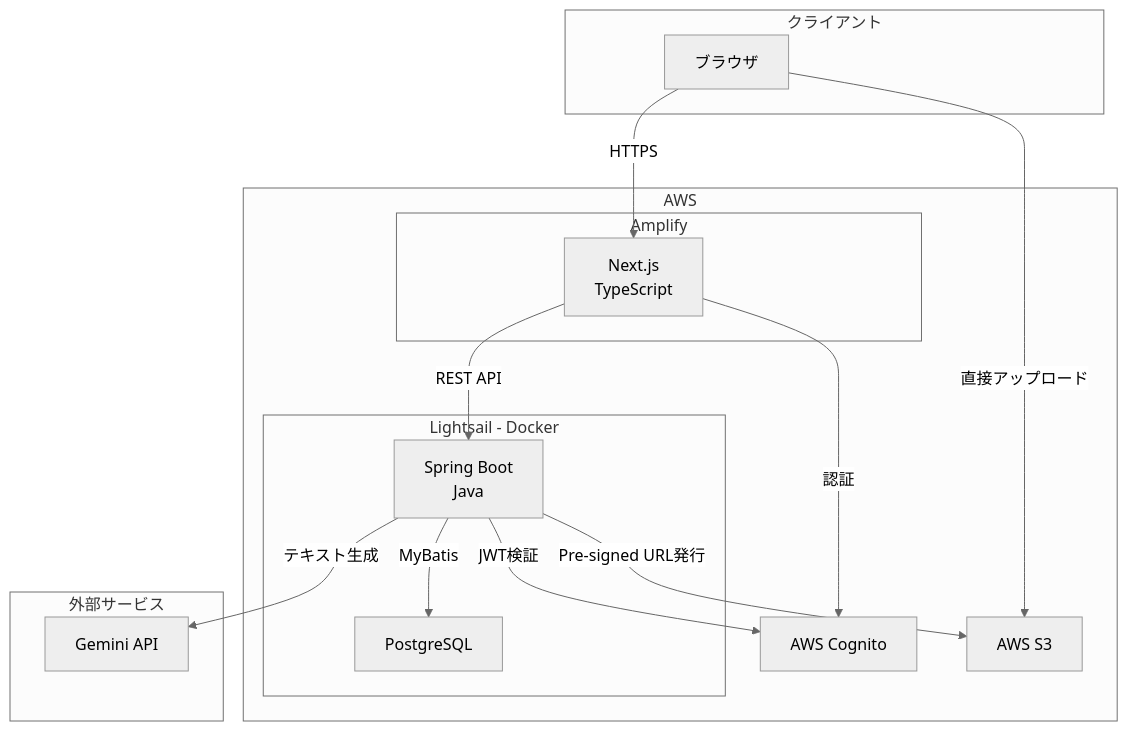
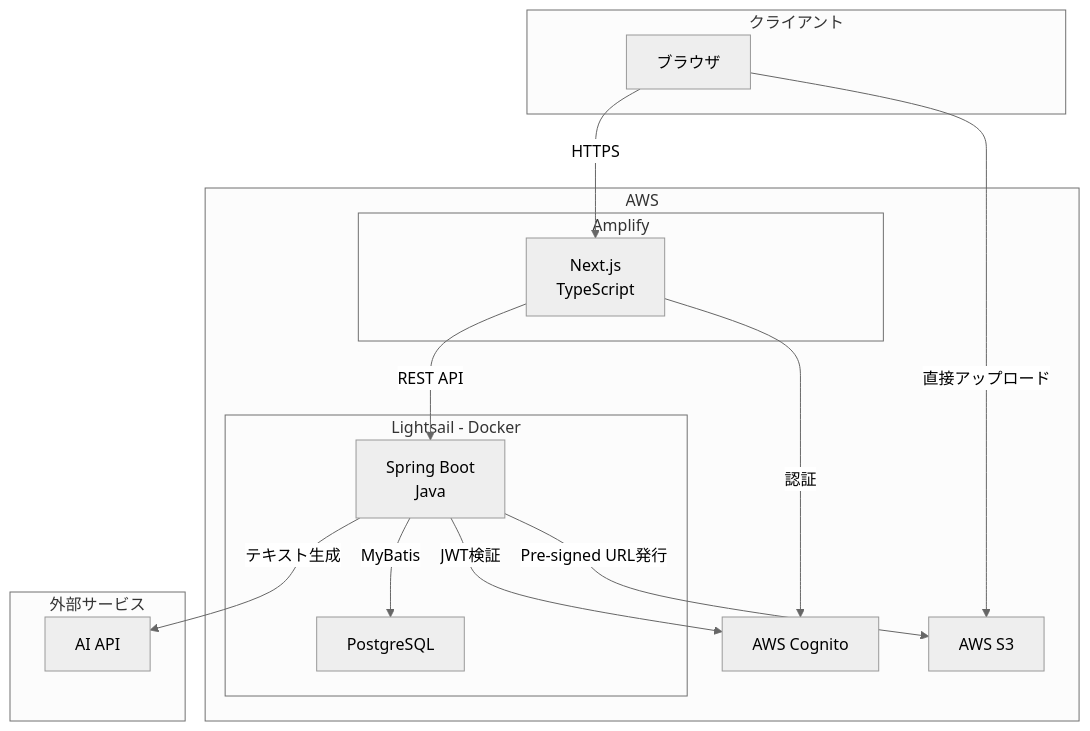
One commit to sakurai1126/chii-piyo changed the first of 2 diagrams in docs/architecture.md. Above: the diagram before and after it, drawn with Mermaid (neutral theme). The commit also changed other lines of this file and 1 other file, not shown here.

Commit message:
docs: READMEの修正 (#195)
* docs: READMEの修正

* docs: READMEにて生成AI導入モデルを一旦未定にしたためアーキテクチャ設計書を修正

````diff
--- a/docs/architecture.md
+++ b/docs/architecture.md
@@ -5,34 +5,34 @@
 ```mermaid
 graph TB
     subgraph "クライアント"
         Browser["ブラウザ"]
     end
     subgraph "AWS"
         subgraph "Amplify"
             NextJS["Next.js<br/>TypeScript"]
         end
 
         subgraph "Lightsail - Docker"
             SpringBoot["Spring Boot<br/>Java"]
             PostgreSQL["PostgreSQL"]
         end
 
         Cognito["AWS Cognito"]
         S3["AWS S3"]
     end
 
 
     subgraph "外部サービス"
-        Gemini["Gemini API"]
+        AI["AI API"]
     end
 
 
     Browser -->|"HTTPS"| NextJS
     NextJS -->|"認証"| Cognito
     NextJS -->|"REST API"| SpringBoot
     SpringBoot -->|"MyBatis"| PostgreSQL
     SpringBoot -->|"JWT検証"| Cognito
     SpringBoot -->|"Pre-signed URL発行"| S3
     Browser -->|"直接アップロード"| S3
-    SpringBoot -->|"テキスト生成"| Gemini
+    SpringBoot -->|"テキスト生成"| AI
 ```
````
